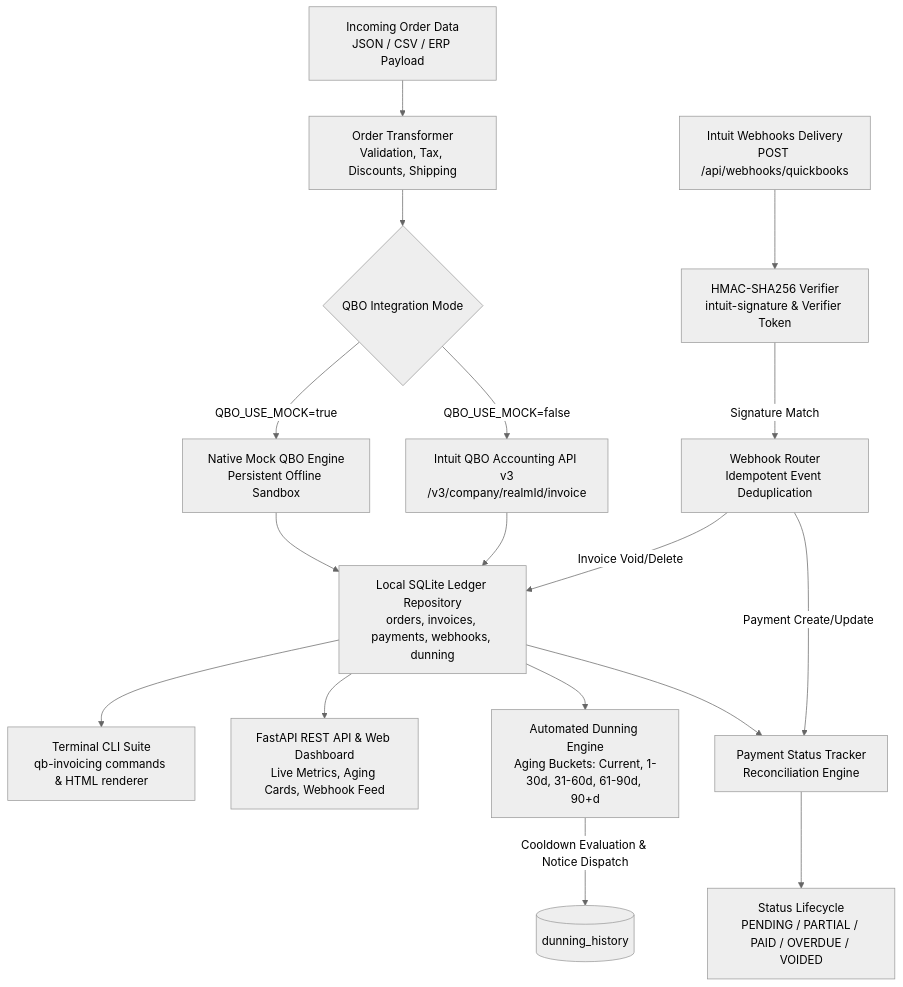
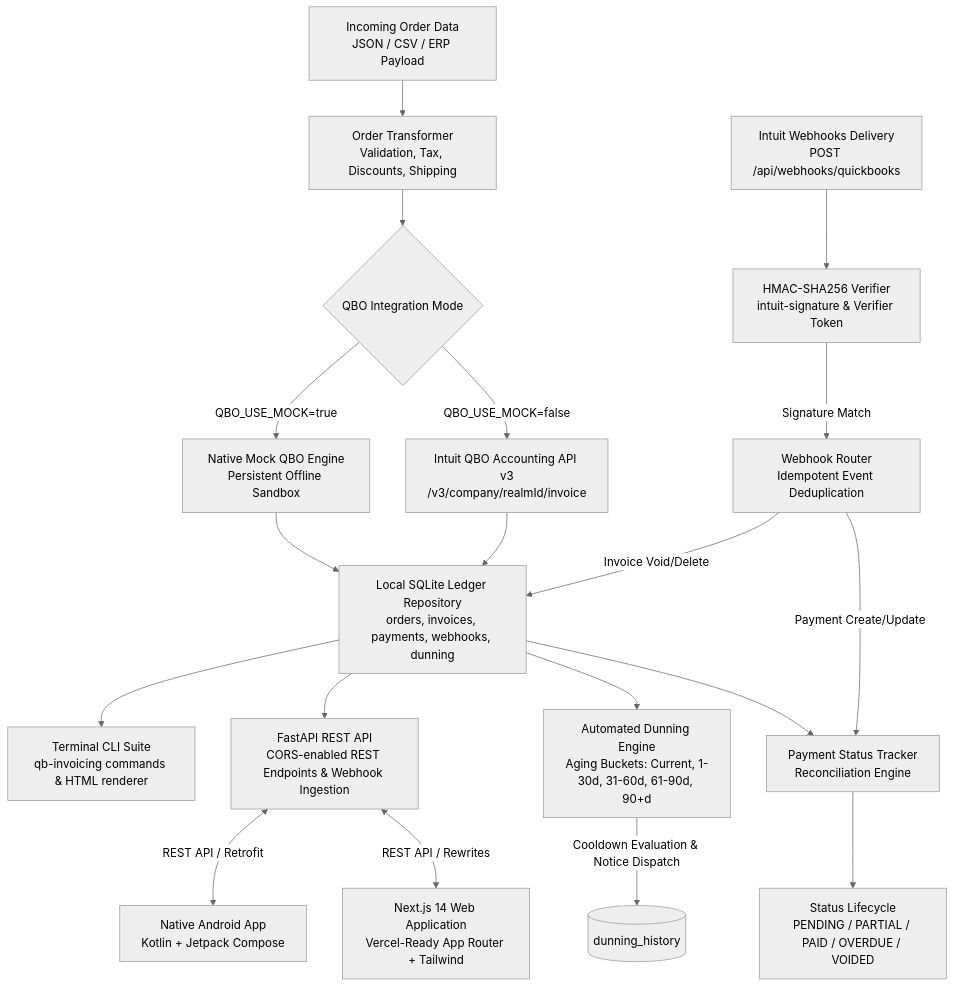
One commit to breakingthebot/quickbooks-invoice-generator-build131 changed the first of 2 diagrams in README.md. Above: the diagram before and after it, drawn with Mermaid (neutral theme). The commit also changed other lines of this file and 19 other files, not shown here.

Commit message:
feat: Vercel-ready Next.js 14 web app, interactive invoice modals & CORS backend (v1.3.0)

````diff
--- a/README.md
+++ b/README.md
@@ -15,22 +22,24 @@
 ```mermaid
 flowchart TD
     A[Incoming Order Data<br>JSON / CSV / ERP Payload] --> B[Order Transformer<br>Validation, Tax, Discounts, Shipping]
     B --> C{QBO Integration Mode}
     C -->|QBO_USE_MOCK=false| D[Intuit QBO Accounting API v3<br>/v3/company/realmId/invoice]
     C -->|QBO_USE_MOCK=true| E[Native Mock QBO Engine<br>Persistent Offline Sandbox]
     D --> F[Local SQLite Ledger Repository<br>orders, invoices, payments, webhooks, dunning]
     E --> F
     F --> G[Payment Status Tracker<br>Reconciliation Engine]
     G --> H[Status Lifecycle<br>PENDING / PARTIAL / PAID / OVERDUE / VOIDED]
 
     W[Intuit Webhooks Delivery<br>POST /api/webhooks/quickbooks] --> V[HMAC-SHA256 Verifier<br>intuit-signature & Verifier Token]
     V -->|Signature Match| X[Webhook Router<br>Idempotent Event Deduplication]
     X -->|Payment Create/Update| G
     X -->|Invoice Void/Delete| F
 
     F --> DE[Automated Dunning Engine<br>Aging Buckets: Current, 1-30d, 31-60d, 61-90d, 90+d]
     DE -->|Cooldown Evaluation & Notice Dispatch| DH[(dunning_history)]
 
-    F --> Y[FastAPI REST API & Web Dashboard<br>Live Metrics, Aging Cards, Webhook Feed]
+    F --> Y[FastAPI REST API<br>CORS-enabled REST Endpoints & Webhook Ingestion]
+    Y <-->|REST API / Rewrites| WEB[Next.js 14 Web Application<br>Vercel-Ready App Router + Tailwind]
+    Y <-->|REST API / Retrofit| ANDROID[Native Android App<br>Kotlin + Jetpack Compose]
     F --> I[Terminal CLI Suite<br>qb-invoicing commands & HTML renderer]
 ```
````
